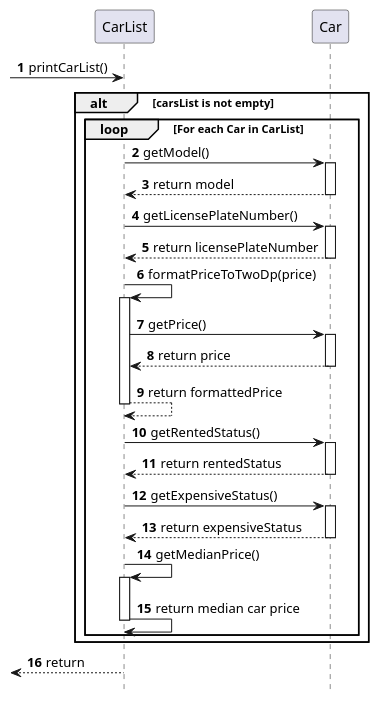
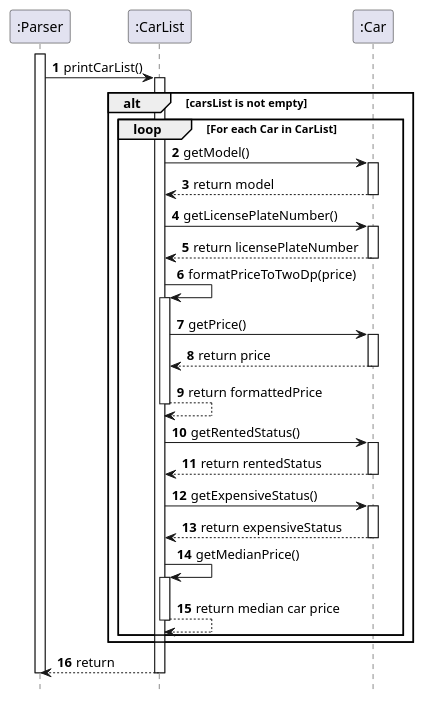
Before and after one commit to rexkoh425/tp: the diagram in docs/UML/ListCarsSequence.puml, drawn with PlantUML. The commit also changed 6 other files, not shown here.

Commit message:
Update diagrams

```diff
--- a/docs/UML/ListCarsSequence.puml
+++ b/docs/UML/ListCarsSequence.puml
@@ -1,41 +1,49 @@
 @startuml
 'https://plantuml.com/sequence-diagram
 
 autonumber
 
--> CarList : printCarList()
+participant ":Parser" as Parser
+participant ":CarList" as CarList
+participant ":Car" as Car
+
+activate Parser
+Parser -> CarList : printCarList()
+activate CarList
 alt carsList is not empty
     loop For each Car in CarList
         CarList -> Car : getModel()
         activate Car
             Car --> CarList : return model
         deactivate Car
         CarList -> Car : getLicensePlateNumber()
         activate Car
             Car --> CarList : return licensePlateNumber
         deactivate Car
         CarList -> CarList : formatPriceToTwoDp(price)
         activate CarList
             CarList -> Car : getPrice()
                 activate Car
                     Car --> CarList : return price
                 deactivate Car
             CarList --> CarList : return formattedPrice
         deactivate CarList
         CarList -> Car : getRentedStatus()
         activate Car
             Car --> CarList : return rentedStatus
         deactivate Car
         CarList -> Car : getExpensiveStatus()
         activate Car
             Car --> CarList : return expensiveStatus
         deactivate Car
         CarList -> CarList : getMedianPrice()
         activate CarList
-            CarList -> CarList : return median car price
+            CarList --> CarList : return median car price
         deactivate CarList
     end loop
 end alt
-<-- CarList : return
+Parser <-- CarList : return
+deactivate CarList
+deactivate Parser
 hide footbox
 @enduml
```
